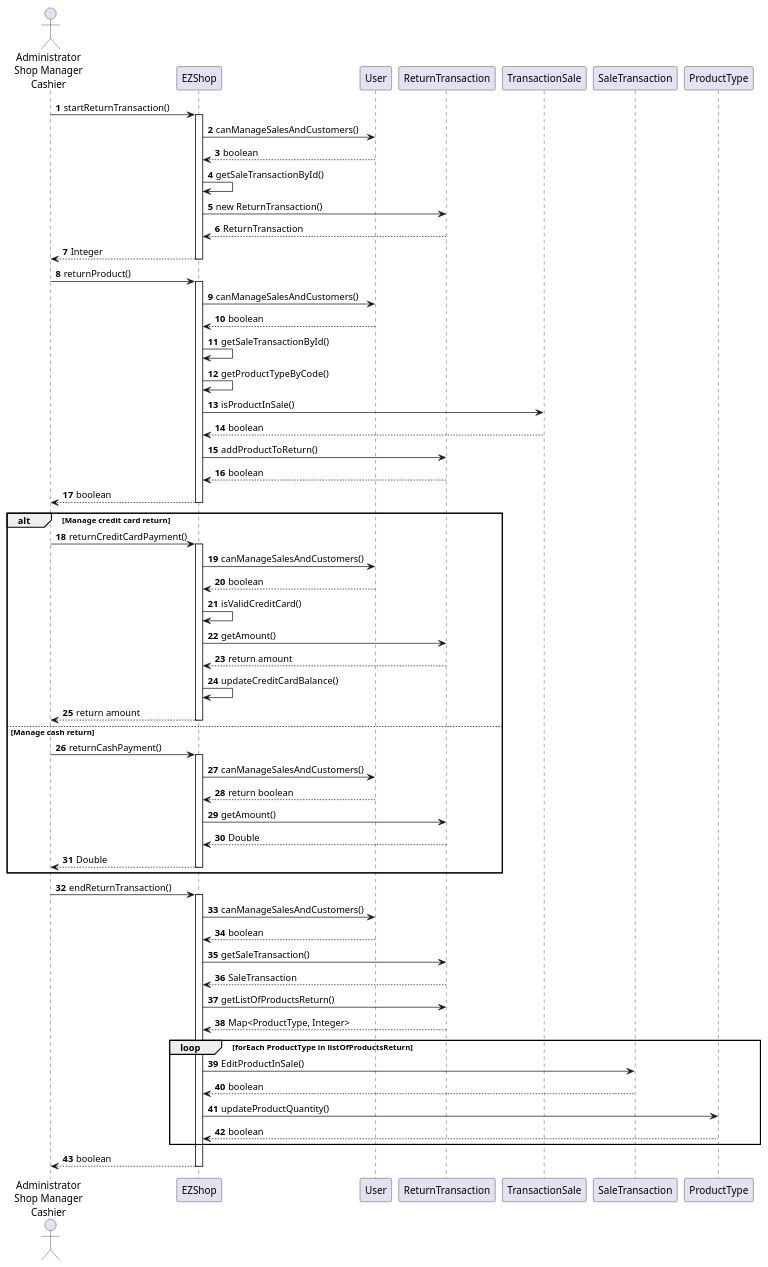
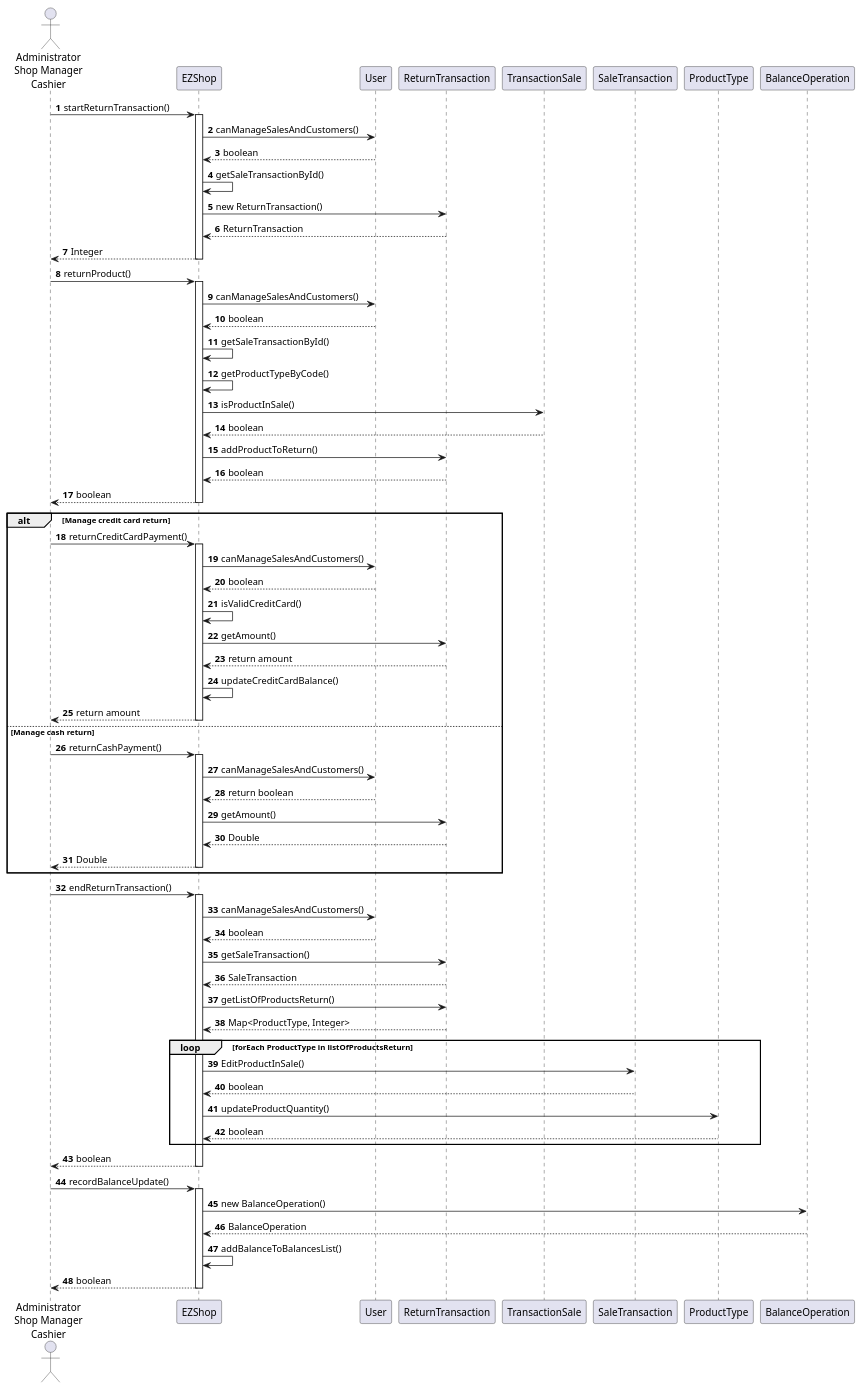
One commit to gioele-scaletta/EZShop-Software-Engineering-Project changed diagram 19 of 20 in Deliverables/DesignDocument.md. Above: the diagram before and after it, drawn with PlantUML. The commit also changed other lines of this file, not shown here.

Commit message:
version_1.2

````diff
--- a/Deliverables/DesignDocument.md
+++ b/Deliverables/DesignDocument.md
@@ -709,66 +710,75 @@
 ```plantuml
 actor "Administrator\nShop Manager\nCashier" as user
 
 autonumber
 user -> EZShop : startReturnTransaction()
 activate  EZShop
 EZShop -> User : canManageSalesAndCustomers()
 EZShop <-- User : boolean
 EZShop -> EZShop : getSaleTransactionById()
 EZShop -> ReturnTransaction : new ReturnTransaction()
 EZShop <-- ReturnTransaction : ReturnTransaction
 user <-- EZShop : Integer
 deactivate EZShop
 
 user -> EZShop : returnProduct()
 activate EZShop
 EZShop -> User : canManageSalesAndCustomers()
 EZShop <-- User : boolean
 EZShop -> EZShop : getSaleTransactionById()
 EZShop -> EZShop : getProductTypeByCode()
 EZShop -> TransactionSale : isProductInSale()
 EZShop <-- TransactionSale : boolean
 EZShop -> ReturnTransaction : addProductToReturn()
 EZShop <-- ReturnTransaction : boolean
 user <-- EZShop : boolean
 deactivate EZShop
 
 alt Manage credit card return
     user -> EZShop : returnCreditCardPayment()
     activate EZShop
     EZShop -> User : canManageSalesAndCustomers()
     EZShop <-- User : boolean
     EZShop -> EZShop : isValidCreditCard()
     EZShop -> ReturnTransaction : getAmount()
     EZShop <-- ReturnTransaction : return amount
     EZShop -> EZShop : updateCreditCardBalance()
     user <-- EZShop : return amount
     deactivate EZShop
 else Manage cash return
     user -> EZShop : returnCashPayment()
     activate EZShop
     EZShop -> User : canManageSalesAndCustomers()
     EZShop <-- User : return boolean
     EZShop -> ReturnTransaction : getAmount()
     EZShop <-- ReturnTransaction : Double
     user <-- EZShop : Double
     deactivate EZShop
 end
 
 user -> EZShop : endReturnTransaction()
 activate EZShop
 EZShop -> User : canManageSalesAndCustomers()
 EZShop <-- User : boolean
 EZShop -> ReturnTransaction : getSaleTransaction()
 EZShop <-- ReturnTransaction : SaleTransaction
 EZShop -> ReturnTransaction : getListOfProductsReturn()
 EZShop <-- ReturnTransaction : Map<ProductType, Integer>
 loop forEach ProductType in listOfProductsReturn
     EZShop -> SaleTransaction : EditProductInSale()
     EZShop <-- SaleTransaction : boolean
     EZShop -> ProductType : updateProductQuantity()
     EZShop <-- ProductType : boolean
 end
 user <-- EZShop: boolean
 deactivate EZShop
+
+user -> EZShop : recordBalanceUpdate()
+activate EZShop
+EZShop -> BalanceOperation : new BalanceOperation()
+EZShop <-- BalanceOperation : BalanceOperation
+EZShop -> EZShop : addBalanceToBalancesList()
+user <-- EZShop : boolean
+deactivate EZShop
+
 ```
````
